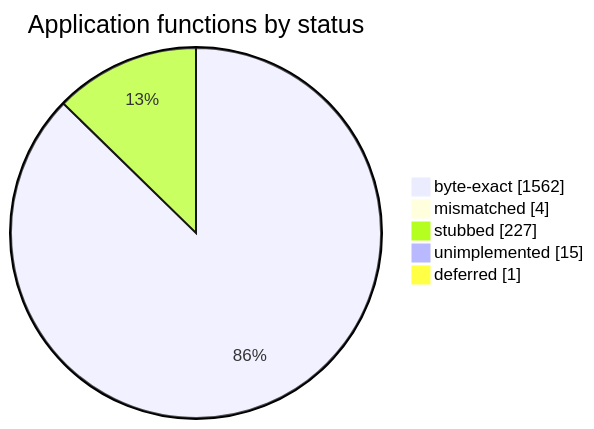
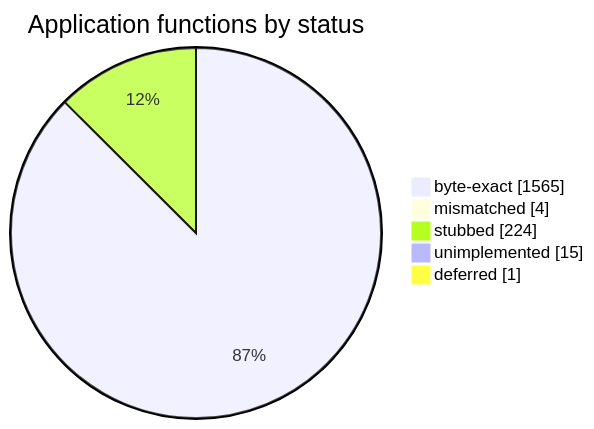
Before and after one commit to sorokya/eos: the diagram in README.md, drawn with Mermaid. The commit also changed other lines of this file and 9 other files, not shown here.

````diff
--- a/README.md
+++ b/README.md
@@ -152,9 +152,9 @@
 ```mermaid
 pie showData
     title Application functions by status
-    "byte-exact" : 1562
+    "byte-exact" : 1565
     "mismatched" : 4
-    "stubbed" : 227
+    "stubbed" : 224
     "unimplemented" : 15
     "deferred" : 1
 ```
````
